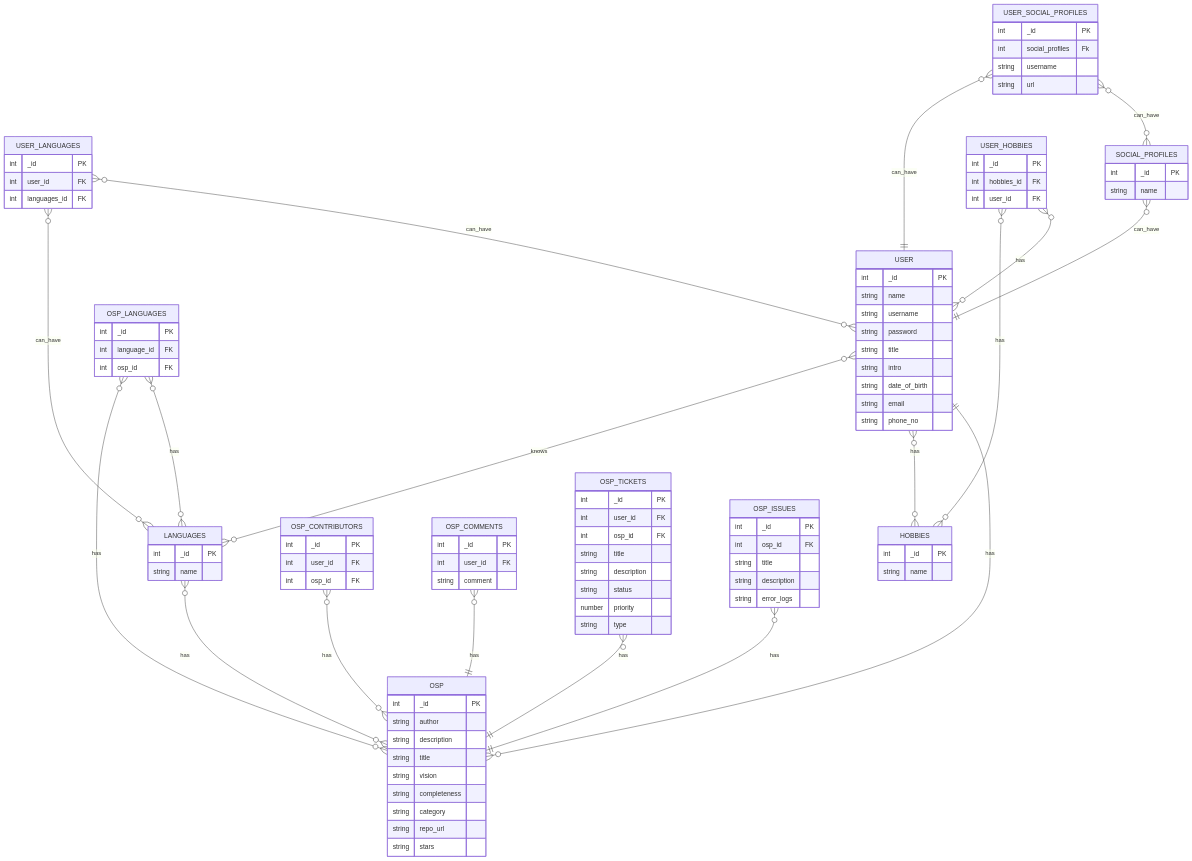
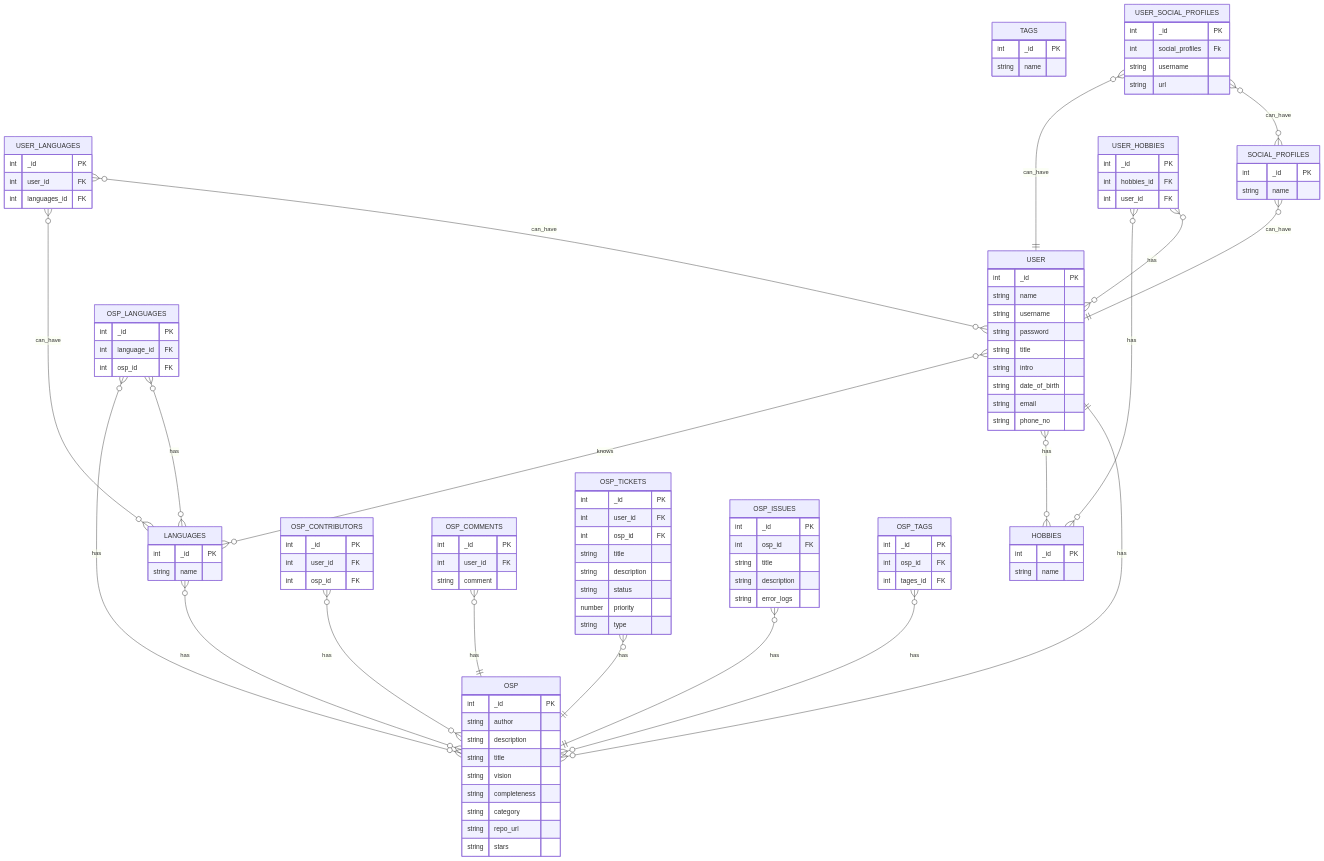
One commit to awais3323/Pitchers changed the diagram in README.md. Above: the diagram before and after it, drawn with Mermaid.

Commit message:
added tags

````diff
--- a/README.md
+++ b/README.md
@@ -49,6 +49,10 @@
         int _id PK
         string name
 
+    }
+    TAGS{
+        int _id PK
+        string name
     }
 USER_LANGUAGES}o--o{LANGUAGES: can_have
 USER_LANGUAGES}o--o{USER: can_have
@@ -137,4 +141,10 @@
         string description
         string error_logs
     }
+OSP_TAGS}o--o{OSP :has
+    OSP_TAGS{
+        int _id PK
+        int osp_id FK
+        int tages_id FK
+    }
 ```
````
